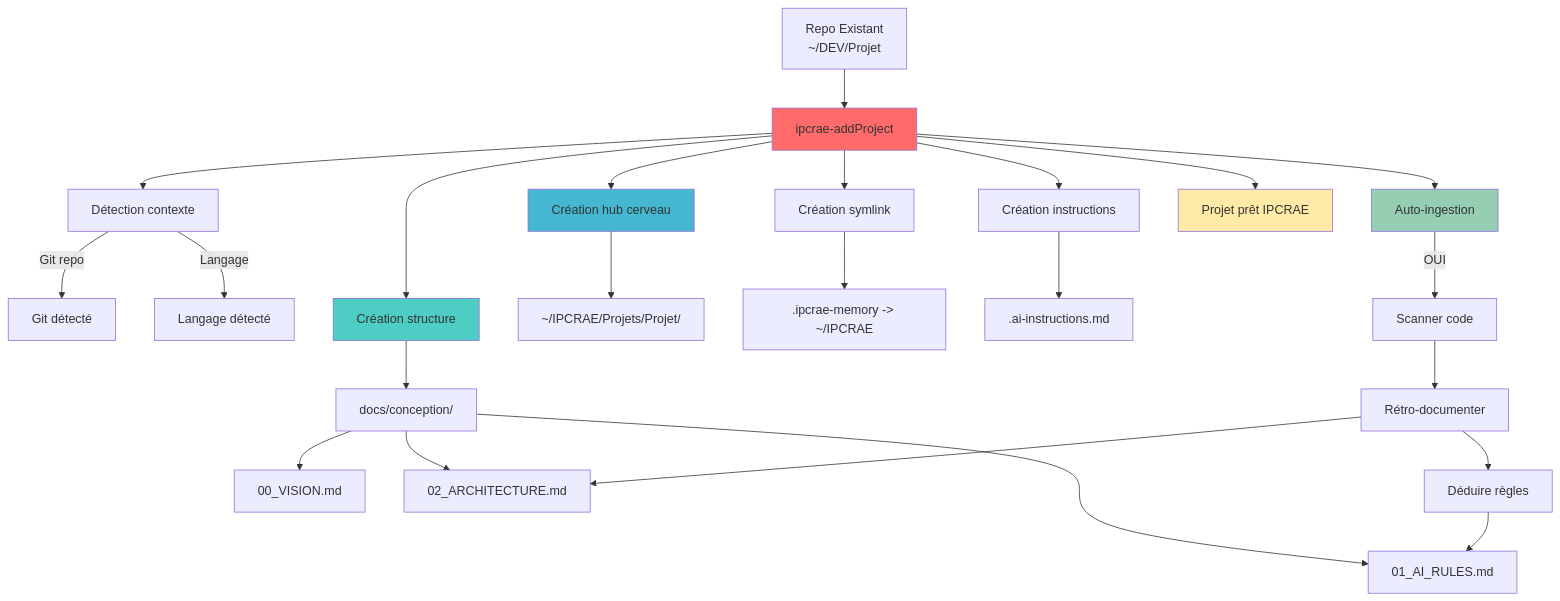
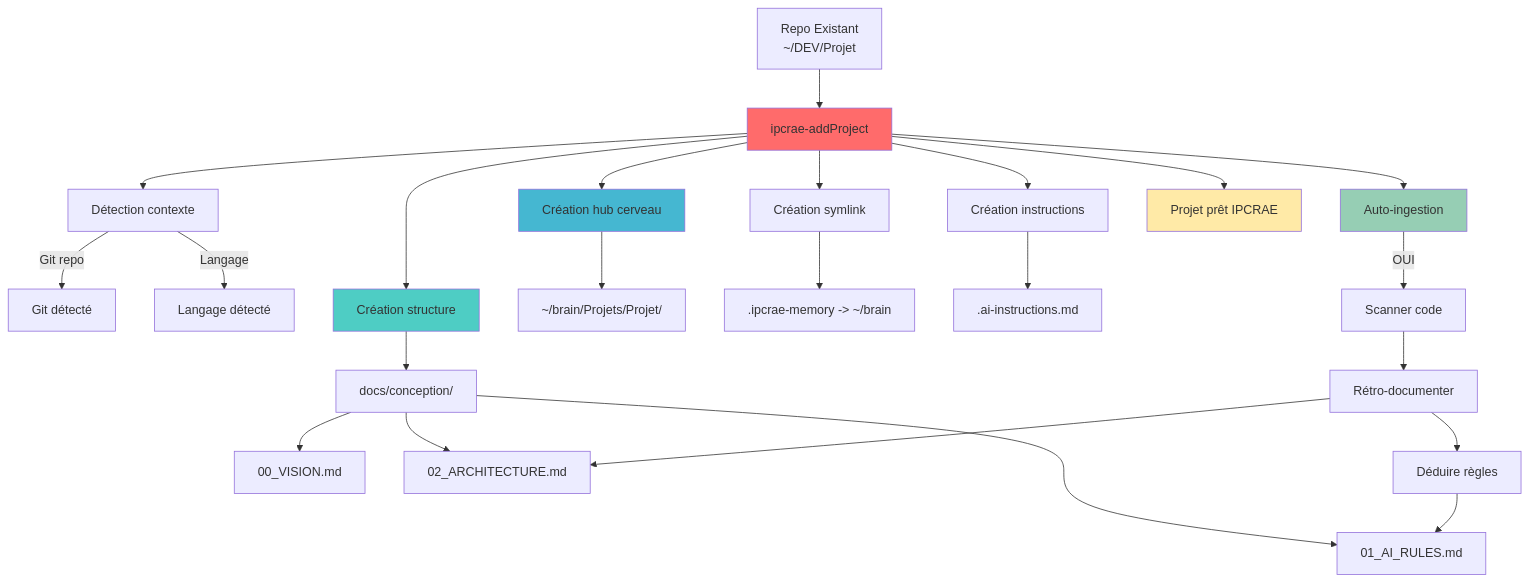
Before and after one commit to vieurou/IPCRAE: diagram 17 of 23 in docs/conception/15_METHODE_IPCRAE_VULGARISEE.md, drawn with Mermaid. The commit also changed other lines of this file and 37 other files, not shown here.

````diff
--- a/docs/conception/15_METHODE_IPCRAE_VULGARISEE.md
+++ b/docs/conception/15_METHODE_IPCRAE_VULGARISEE.md
@@ -839,39 +839,39 @@
 ```mermaid
 graph TD
     REPO[Repo Existant<br/>~/DEV/Projet] --> BRIDGE[ipcrae-addProject]
     
     BRIDGE --> DETECT[Détection contexte]
     DETECT -->|Git repo| GIT[Git détecté]
     DETECT -->|Langage| LANG[Langage détecté]
     
     BRIDGE --> CREATE[Création structure]
     CREATE --> DOCS[docs/conception/]
     DOCS --> V1[00_VISION.md]
     DOCS --> V2[01_AI_RULES.md]
     DOCS --> V3[02_ARCHITECTURE.md]
     
     BRIDGE --> HUB[Création hub cerveau]
-    HUB --> BRAIN[~/IPCRAE/Projets/Projet/]
+    HUB --> BRAIN[~/brain/Projets/Projet/]
     
     BRIDGE --> SYMLINK[Création symlink]
-    SYMLINK --> LINK[.ipcrae-memory -> ~/IPCRAE]
+    SYMLINK --> LINK[.ipcrae-memory -> ~/brain]
     
     BRIDGE --> INSTRUCT[Création instructions]
     INSTRUCT --> AI[.ai-instructions.md]
     
     BRIDGE --> INGEST[Auto-ingestion]
     INGEST -->|OUI| SCAN[Scanner code]
     SCAN --> DOC[Rétro-documenter]
     DOC --> RULES[Déduire règles]
     
     DOC --> V3
     RULES --> V2
     
     BRIDGE --> READY[Projet prêt IPCRAE]
     
     style BRIDGE fill:#ff6b6b
     style CREATE fill:#4ecdc4
     style HUB fill:#45b7d1
     style INGEST fill:#96ceb4
     style READY fill:#ffeaa7
 ```
````
